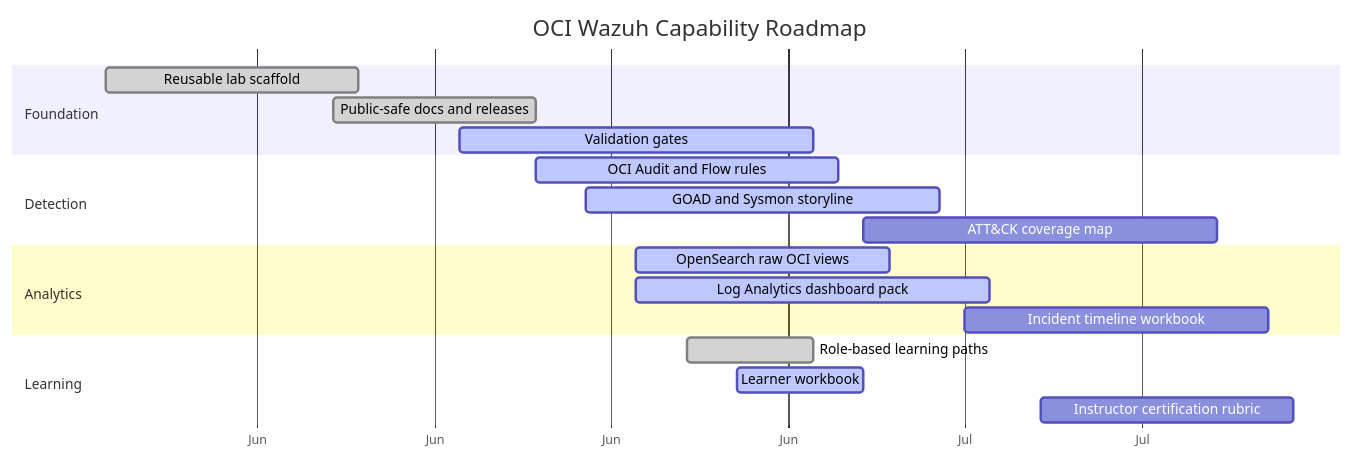
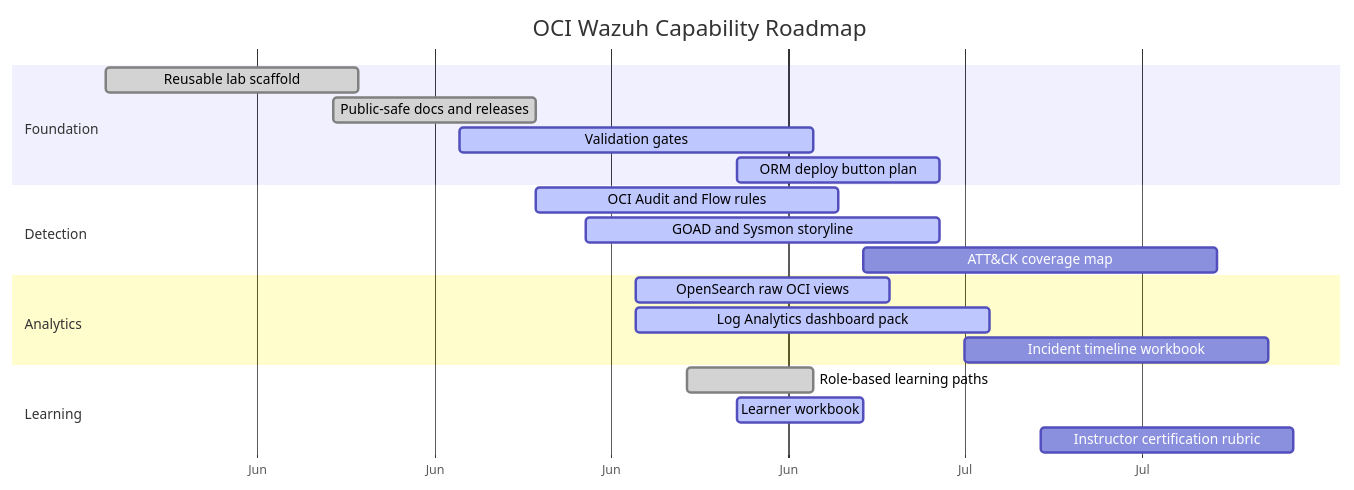
Before and after one commit to adibirzu/OCI-Wazuh: the diagram in docs/wiki/WAZUH_LOG_ANALYTICS_PRODUCT_ROADMAP.md, drawn with Mermaid. The commit also changed other lines of this file and 16 other files, not shown here.

Commit message:
docs: plan OCI Resource Manager deploy button

````diff
--- a/docs/wiki/WAZUH_LOG_ANALYTICS_PRODUCT_ROADMAP.md
+++ b/docs/wiki/WAZUH_LOG_ANALYTICS_PRODUCT_ROADMAP.md
@@ -18,26 +18,27 @@
 ```mermaid
 gantt
   title OCI Wazuh Capability Roadmap
   dateFormat  YYYY-MM-DD
   axisFormat  %b
 
   section Foundation
   Reusable lab scaffold             :done,    f1, 2026-06-01, 10d
   Public-safe docs and releases      :done,    f2, 2026-06-10, 8d
   Validation gates                   :active,  f3, 2026-06-15, 14d
+  ORM deploy button plan             :active,  f4, 2026-06-26, 8d
 
   section Detection
   OCI Audit and Flow rules           :active,  d1, 2026-06-18, 12d
   GOAD and Sysmon storyline          :active,  d2, 2026-06-20, 14d
   ATT&CK coverage map                :         d3, 2026-07-01, 14d
 
   section Analytics
   OpenSearch raw OCI views           :active,  a1, 2026-06-22, 10d
   Log Analytics dashboard pack       :active,  a2, 2026-06-22, 14d
   Incident timeline workbook         :         a3, 2026-07-05, 12d
 
   section Learning
   Role-based learning paths          :done,    l1, 2026-06-24, 5d
   Learner workbook                   :active,  l2, 2026-06-26, 5d
   Instructor certification rubric    :         l3, 2026-07-08, 10d
 ```
````
